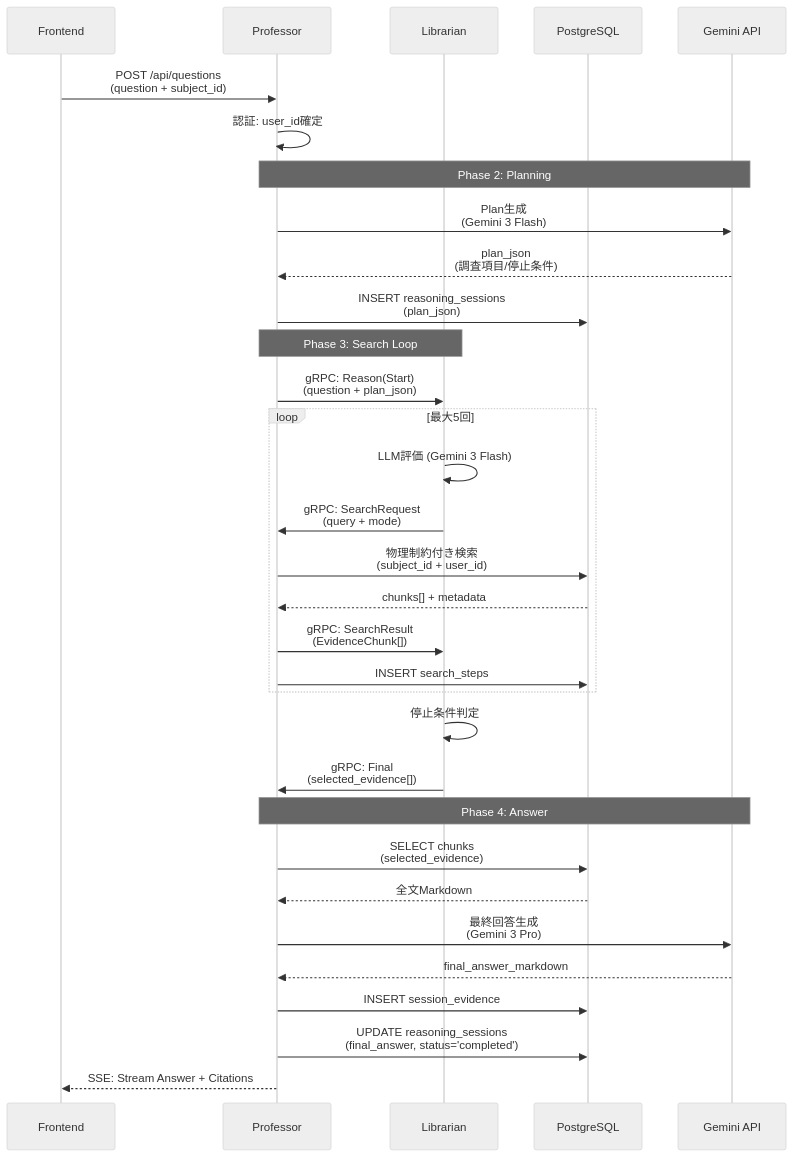
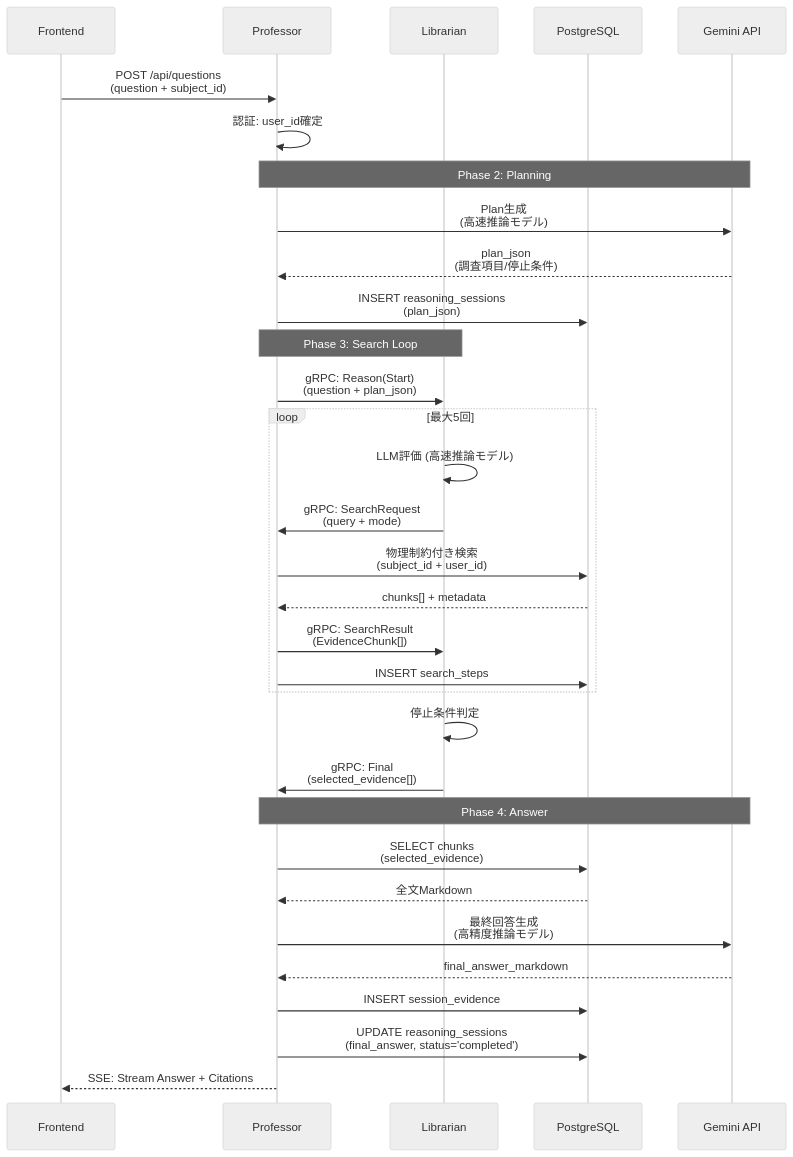
One commit to ttokunaga-ja/eduanimaR changed the eighth of 11 diagrams in eduanimaR_Professor/docs/01_architecture/DB_SCHEMA_ERD.md. Above: the diagram before and after it, drawn with Mermaid (neutral theme). The commit also changed other lines of this file and 12 other files, not shown here.

````diff
--- a/eduanimaR_Professor/docs/01_architecture/DB_SCHEMA_ERD.md
+++ b/eduanimaR_Professor/docs/01_architecture/DB_SCHEMA_ERD.md
@@ -339,40 +339,40 @@
 ```mermaid
 sequenceDiagram
     participant F as Frontend
     participant P as Professor
     participant L as Librarian
     participant DB as PostgreSQL
     participant LLM as Gemini API
 
     F->>P: POST /api/questions<br/>(question + subject_id)
     P->>P: 認証: user_id確定
     
     Note over P,LLM: Phase 2: Planning
-    P->>LLM: Plan生成<br/>(Gemini 3 Flash)
+    P->>LLM: Plan生成<br/>(高速推論モデル)
     LLM-->>P: plan_json<br/>(調査項目/停止条件)
     P->>DB: INSERT reasoning_sessions<br/>(plan_json)
     
     Note over P,L: Phase 3: Search Loop
     P->>L: gRPC: Reason(Start)<br/>(question + plan_json)
     
     loop 最大5回
-        L->>L: LLM評価 (Gemini 3 Flash)
+        L->>L: LLM評価 (高速推論モデル)
         L->>P: gRPC: SearchRequest<br/>(query + mode)
         P->>DB: 物理制約付き検索<br/>(subject_id + user_id)
         DB-->>P: chunks[] + metadata
         P->>L: gRPC: SearchResult<br/>(EvidenceChunk[])
         P->>DB: INSERT search_steps
     end
     
     L->>L: 停止条件判定
     L->>P: gRPC: Final<br/>(selected_evidence[])
     
     Note over P,LLM: Phase 4: Answer
     P->>DB: SELECT chunks<br/>(selected_evidence)
     DB-->>P: 全文Markdown
-    P->>LLM: 最終回答生成<br/>(Gemini 3 Pro)
+    P->>LLM: 最終回答生成<br/>(高精度推論モデル)
     LLM-->>P: final_answer_markdown
     P->>DB: INSERT session_evidence
     P->>DB: UPDATE reasoning_sessions<br/>(final_answer, status='completed')
     P-->>F: SSE: Stream Answer + Citations
 ```
````
